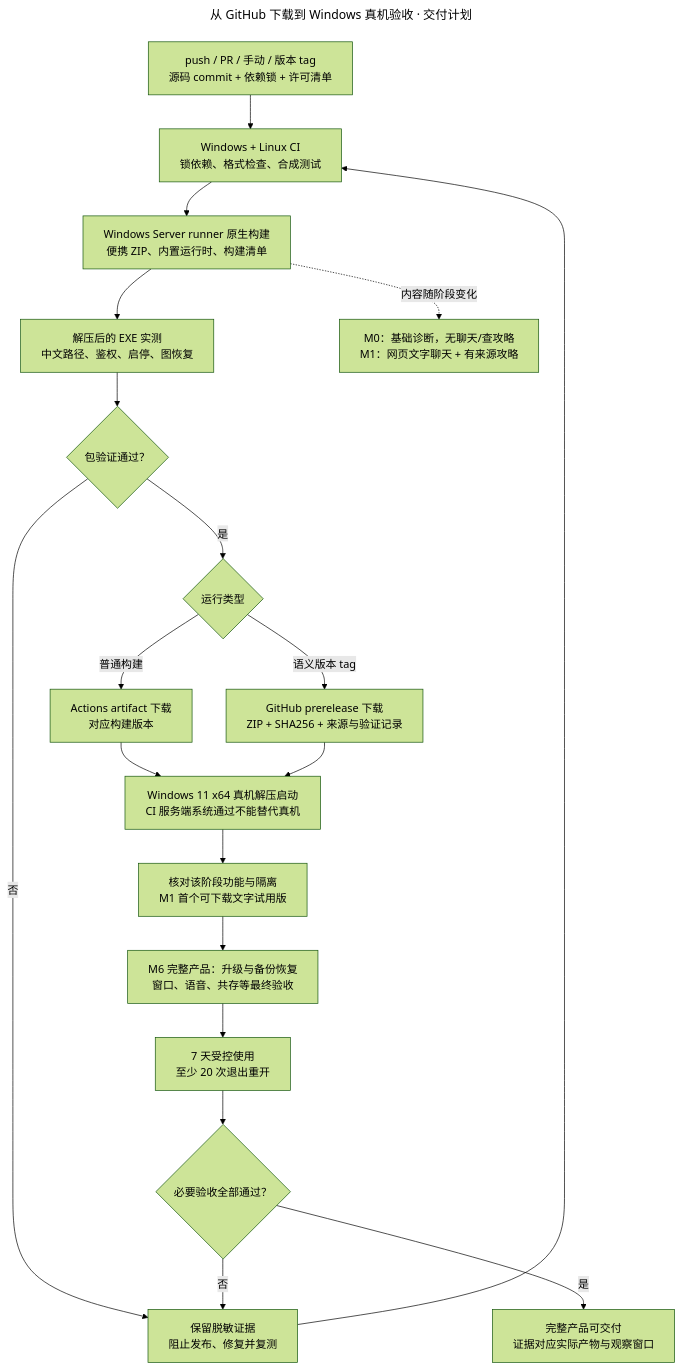
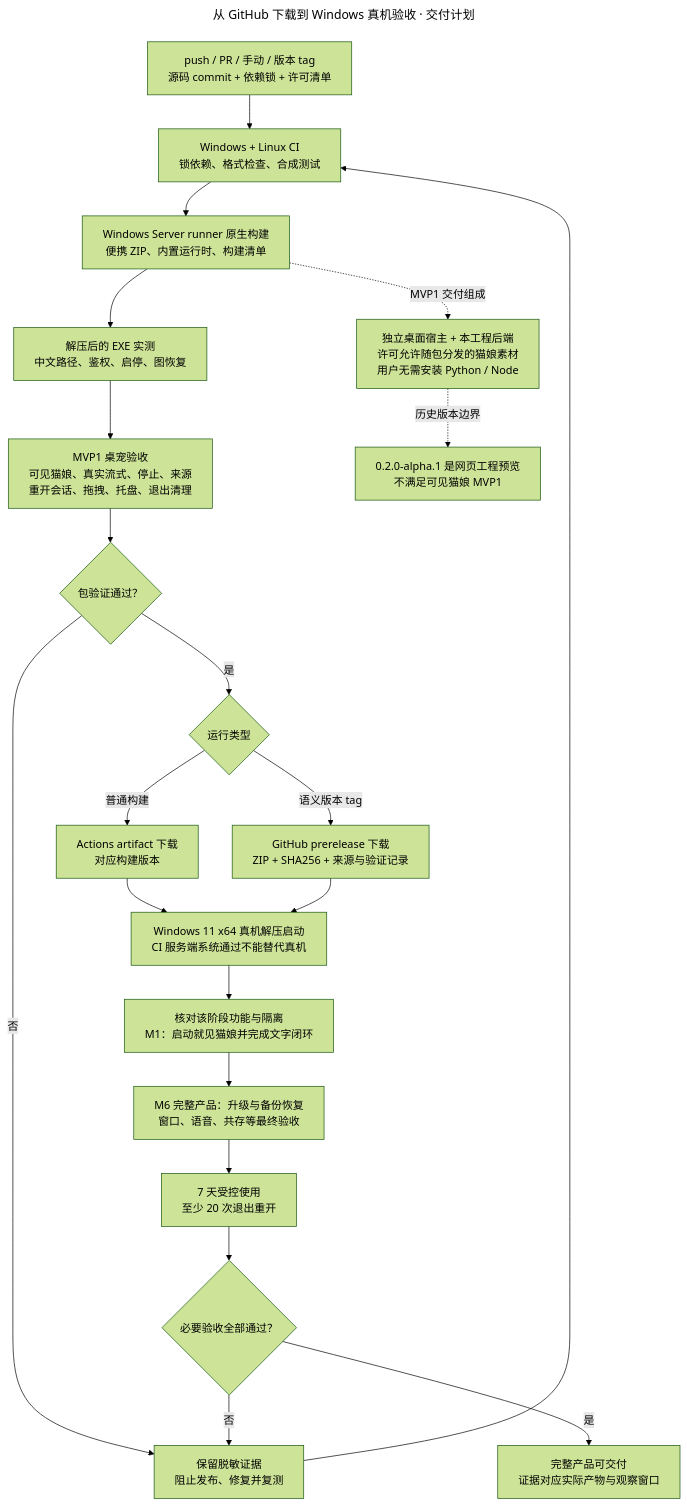
Before and after one commit to FrigidCrow/ai-neko: the diagram in docs/diagrams/src/18-delivery.mmd, drawn with Mermaid (forest theme). The commit also changed 167 other files, not shown here.

```diff
--- a/docs/diagrams/src/18-delivery.mmd
+++ b/docs/diagrams/src/18-delivery.mmd
@@ -1,25 +1,27 @@
 ---
 title: "从 GitHub 下载到 Windows 真机验收 · 交付计划"
 config:
   flowchart:
     wrappingWidth: 360
 ---
 flowchart TD
     SRC["push / PR / 手动 / 版本 tag<br/>源码 commit + 依赖锁 + 许可清单"] --> TEST["Windows + Linux CI<br/>锁依赖、格式检查、合成测试"]
     TEST --> BUILD["Windows Server runner 原生构建<br/>便携 ZIP、内置运行时、构建清单"]
     BUILD --> PROBE["解压后的 EXE 实测<br/>中文路径、鉴权、启停、图恢复"]
-    PROBE --> PASS{"包验证通过？"}
+    PROBE --> PET["MVP1 桌宠验收<br/>可见猫娘、真实流式、停止、来源<br/>重开会话、拖拽、托盘、退出清理"]
+    PET --> PASS{"包验证通过？"}
     PASS -->|否| FIX["保留脱敏证据<br/>阻止发布、修复并复测"]
     FIX --> TEST
     PASS -->|是| KIND{"运行类型"}
     KIND -->|普通构建| ARTIFACT["Actions artifact 下载<br/>对应构建版本"]
     KIND -->|语义版本 tag| PRERELEASE["GitHub prerelease 下载<br/>ZIP + SHA256 + 来源与验证记录"]
-    BUILD -. "内容随阶段变化" .-> CONTENT["M0：基础诊断，无聊天/查攻略<br/>M1：网页文字聊天 + 有来源攻略"]
+    BUILD -. "MVP1 交付组成" .-> CONTENT["独立桌面宿主 + 本工程后端<br/>许可允许随包分发的猫娘素材<br/>用户无需安装 Python / Node"]
+    CONTENT -. "历史版本边界" .-> OLD["0.2.0-alpha.1 是网页工程预览<br/>不满足可见猫娘 MVP1"]
     ARTIFACT --> CLEAN["Windows 11 x64 真机解压启动<br/>CI 服务端系统通过不能替代真机"]
     PRERELEASE --> CLEAN
-    CLEAN --> FUNCTION["核对该阶段功能与隔离<br/>M1 首个可下载文字试用版"]
+    CLEAN --> FUNCTION["核对该阶段功能与隔离<br/>M1：启动就见猫娘并完成文字闭环"]
     FUNCTION --> UPGRADE["M6 完整产品：升级与备份恢复<br/>窗口、语音、共存等最终验收"]
     UPGRADE --> LONG["7 天受控使用<br/>至少 20 次退出重开"]
     LONG --> GATE{"必要验收全部通过？"}
     GATE -->|否| FIX
     GATE -->|是| RELEASE["完整产品可交付<br/>证据对应实际产物与观察窗口"]
```
